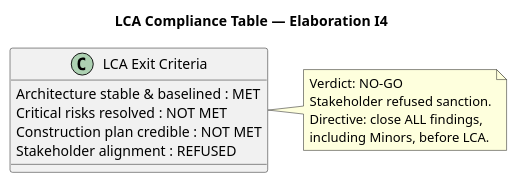
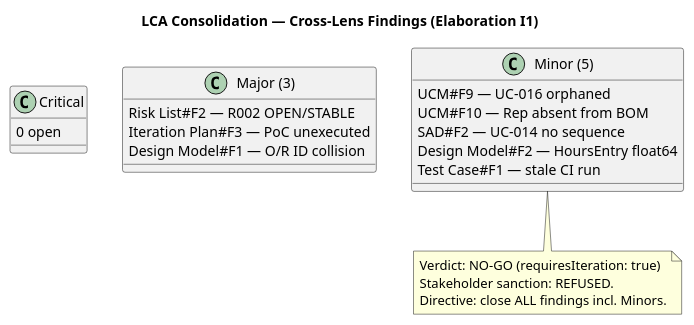
Before and after one commit to banense-test/trademe: the first of 3 diagrams in docs/artifacts/project-management/review-record.md, drawn with PlantUML. The commit also changed other lines of this file, not shown here.

````diff
--- a/docs/artifacts/project-management/review-record.md
+++ b/docs/artifacts/project-management/review-record.md
@@ -21,17 +35,22 @@
 ```plantuml
 @startuml
-title LCA Compliance Table — Elaboration I4
-class "LCA Exit Criteria" as LCA {
-  Architecture stable & baselined : MET
-  Critical risks resolved : NOT MET
-  Construction plan credible : NOT MET
-  Stakeholder alignment : REFUSED
-}
-note right of LCA
-  Verdict: NO-GO
-  Stakeholder refused sanction.
-  Directive: close ALL findings,
-  including Minors, before LCA.
+title LCA Consolidation — Cross-Lens Findings (Elaboration I1)
+class "Critical" as C
+class "Major (3)" as M
+class "Minor (5)" as N
+C : 0 open
+M : Risk List#F2 — R002 OPEN/STABLE
+M : Iteration Plan#F3 — PoC unexecuted
+M : Design Model#F1 — O/R ID collision
+N : UCM#F9 — UC-016 orphaned
+N : UCM#F10 — Rep absent from BOM
+N : SAD#F2 — UC-014 no sequence
+N : Design Model#F2 — HoursEntry float64
+N : Test Case#F1 — stale CI run
+note bottom
+  Verdict: NO-GO (requiresIteration: true)
+  Stakeholder sanction: REFUSED.
+  Directive: close ALL findings incl. Minors.
 end note
 @enduml
 ```
````
